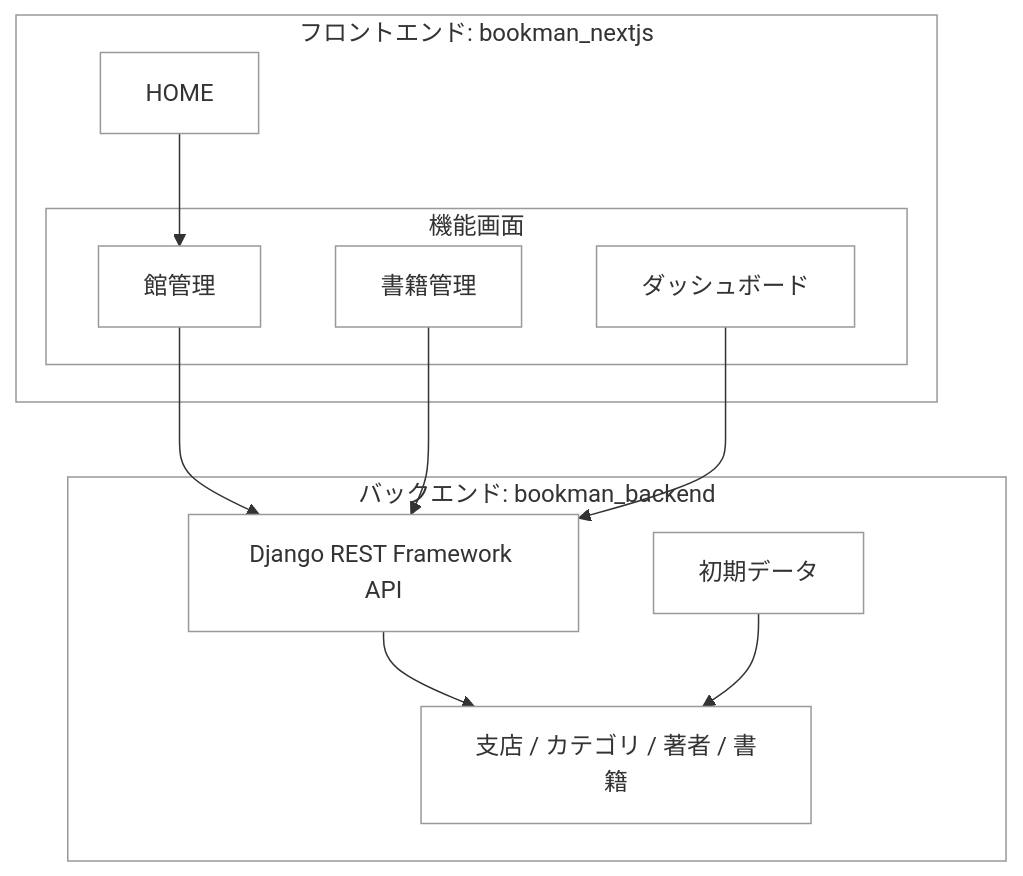
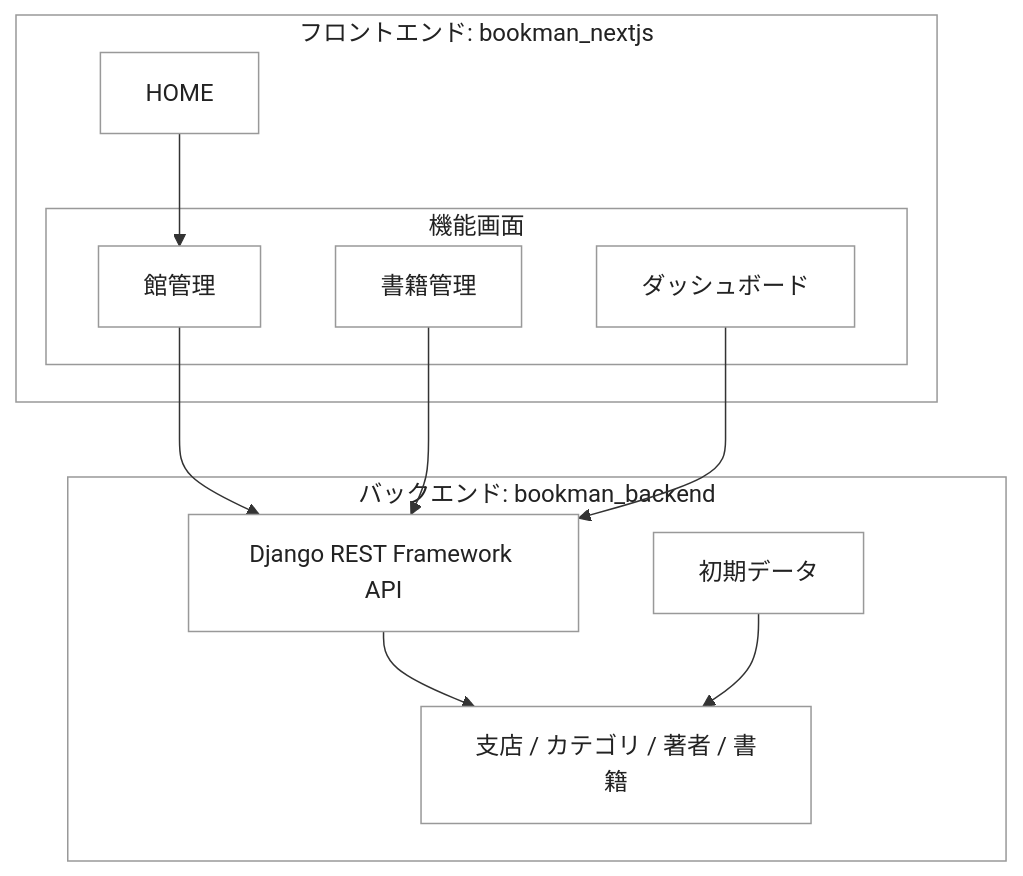
The diagram in docs/qiita/bookman_drf_nextjs.md (duri0214/portfolio), drawn with Mermaid before and after one commit.

Commit message:
872 Normalize book node diagram style

````diff
--- a/docs/qiita/bookman_drf_nextjs.md
+++ b/docs/qiita/bookman_drf_nextjs.md
@@ -36,35 +36,27 @@
 ```mermaid
 graph TB
   subgraph frontend[フロントエンド: bookman_nextjs]
     home[HOME]
     subgraph screens[機能画面]
       branch[館管理]
-      book[書籍管理]
+      bookScreen[書籍管理]
       dashboard[ダッシュボード]
     end
   end
 
   subgraph backend[バックエンド: bookman_backend]
     drf[Django REST Framework API]
     models[支店 / カテゴリ / 著者 / 書籍]
     fixtures[初期データ]
   end
 
   home --> branch
   branch --> drf
-  book --> drf
+  bookScreen --> drf
   dashboard --> drf
   drf --> models
   fixtures --> models
 
-  style frontend fill:#ffffff,stroke:#999999,stroke-width:1px
-  style screens fill:#ffffff,stroke:#999999,stroke-width:1px
-  style backend fill:#ffffff,stroke:#999999,stroke-width:1px
-  style home fill:#ffffff,stroke:#999999,stroke-width:1px
-  style branch fill:#ffffff,stroke:#999999,stroke-width:1px
-  style book fill:#ffffff,stroke:#999999,stroke-width:1px
-  style dashboard fill:#ffffff,stroke:#999999,stroke-width:1px
-  style drf fill:#ffffff,stroke:#999999,stroke-width:1px
-  style models fill:#ffffff,stroke:#999999,stroke-width:1px
-  style fixtures fill:#ffffff,stroke:#999999,stroke-width:1px
+  classDef plain fill:#ffffff,stroke:#999999,stroke-width:1px,color:#222222
+  class frontend,screens,backend,home,branch,bookScreen,dashboard,drf,models,fixtures plain
 ```
````
